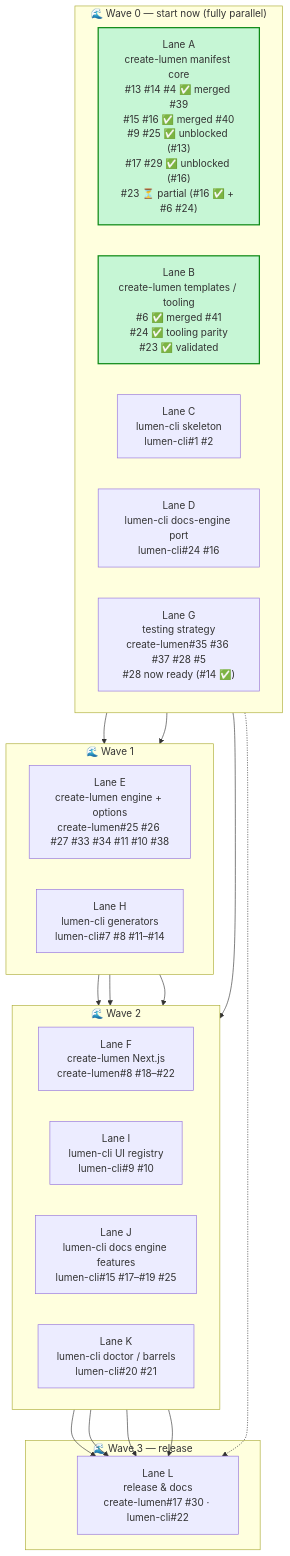
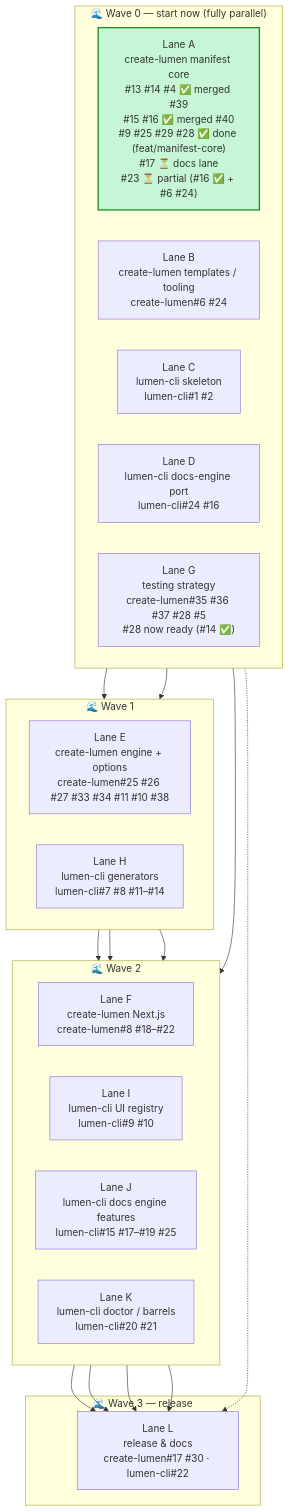
Before and after one commit to LUMEN-SH/create-lumen: the third of 5 diagrams in docs/PLAN.md, drawn with Mermaid. The commit also changed other lines of this file and 1 other file, not shown here.

Commit message:
docs: update PLAN and ROADMAP for Lane A M1 completion (#9, #25, #28, #29)

````diff
--- a/docs/PLAN.md
+++ b/docs/PLAN.md
@@ -141,43 +137,42 @@
 ```mermaid
 flowchart TB
     subgraph W0["🌊 Wave 0 — start now (fully parallel)"]
         direction LR
-        LaneA["Lane A<br/>create-lumen manifest core<br/>#13 #14 #4 ✅ merged #39<br/>#15 #16 ✅ merged #40<br/>#9 #25 ✅ unblocked (#13)<br/>#17 #29 ✅ unblocked (#16)<br/>#23 ⏳ partial (#16 ✅ + #6 #24)"]
-        LaneB["Lane B<br/>create-lumen templates / tooling<br/>#6 ✅ merged #41<br/>#24 ✅ tooling parity<br/>#23 ✅ validated"]
+        LaneA["Lane A<br/>create-lumen manifest core<br/>#13 #14 #4 ✅ merged #39<br/>#15 #16 ✅ merged #40<br/>#9 #25 #29 #28 ✅ done (feat/manifest-core)<br/>#17 ⏳ docs lane<br/>#23 ⏳ partial (#16 ✅ + #6 #24)"]
+        LaneB["Lane B<br/>create-lumen templates / tooling<br/>create-lumen#6 #24"]
         LaneC["Lane C<br/>lumen-cli skeleton<br/>lumen-cli#1 #2"]
         LaneD["Lane D<br/>lumen-cli docs-engine port<br/>lumen-cli#24 #16"]
         LaneG["Lane G<br/>testing strategy<br/>create-lumen#35 #36 #37 #28 #5<br/>#28 now ready (#14 ✅)"]
     end
 
     subgraph W1["🌊 Wave 1"]
         direction LR
         LaneE["Lane E<br/>create-lumen engine + options<br/>create-lumen#25 #26 #27 #33 #34 #11 #10 #38"]
         LaneH["Lane H<br/>lumen-cli generators<br/>lumen-cli#7 #8 #11–#14"]
     end
 
     subgraph W2["🌊 Wave 2"]
         direction LR
         LaneF["Lane F<br/>create-lumen Next.js<br/>create-lumen#8 #18–#22"]
         LaneI["Lane I<br/>lumen-cli UI registry<br/>lumen-cli#9 #10"]
         LaneJ["Lane J<br/>lumen-cli docs engine features<br/>lumen-cli#15 #17–#19 #25"]
         LaneK["Lane K<br/>lumen-cli doctor / barrels<br/>lumen-cli#20 #21"]
     end
 
     subgraph W3["🌊 Wave 3 — release"]
         LaneL["Lane L<br/>release &amp; docs<br/>create-lumen#17 #30 · lumen-cli#22"]
     end
 
     LaneA --> LaneE --> LaneF
     LaneC --> LaneH
     LaneH --> LaneI
     LaneH --> LaneK
     LaneD --> LaneJ
     LaneG -.-> LaneL
     LaneF --> LaneL
     LaneI --> LaneL
     LaneJ --> LaneL
     LaneK --> LaneL
 
     style LaneA fill:#c6f6d5,stroke:#0e8a16,stroke-width:2px
-    style LaneB fill:#c6f6d5,stroke:#0e8a16,stroke-width:2px
 ```
````
